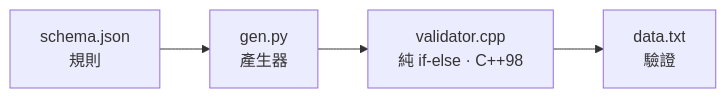
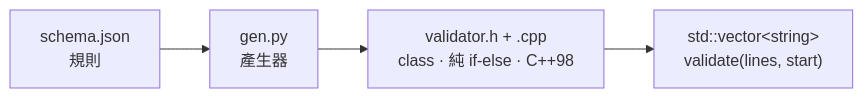
One commit to haotheacgm/schema2validator changed the second of 2 diagrams in README.md. Above: the diagram before and after it, drawn with Mermaid. The commit also changed other lines of this file and 3 other files, not shown here.

````diff
--- a/README.md
+++ b/README.md
@@ -215,6 +229,6 @@
 ```mermaid
 flowchart LR
     A["schema.json<br/>規則"] --> B["gen.py<br/>產生器"]
-    B --> C["validator.cpp<br/>純 if-else · C++98"]
-    C --> D["data.txt<br/>驗證"]
+    B --> C["validator.h + .cpp<br/>class · 純 if-else · C++98"]
+    C --> D["std::vector&lt;string&gt;<br/>validate(lines, start)"]
 ```
````
